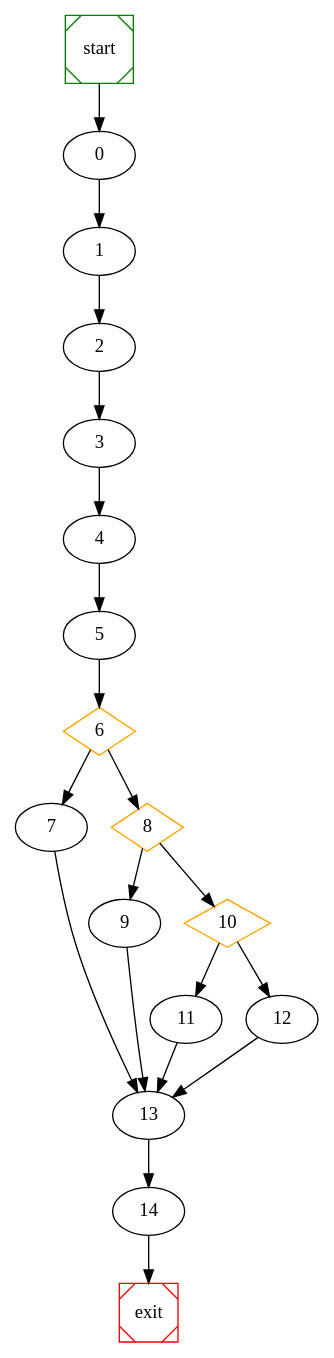
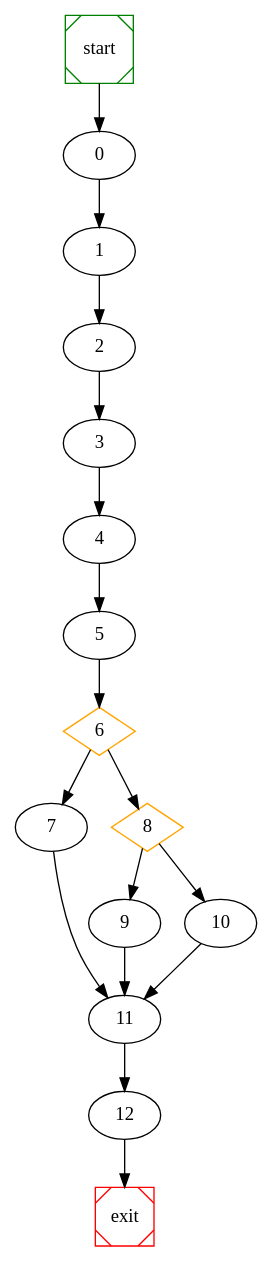
The diagram in wpc/raw_graph.dot (NabeelQaiser/BTP_2k18-19), drawn with Graphviz before and after one commit. The commit also changed 45 other files, not shown here.

```diff
--- a/wpc/raw_graph.dot
+++ b/wpc/raw_graph.dot
@@ -1,29 +1,25 @@
 # dot file created at runtime
 
 digraph G {
 	start -> 0;
 	0 -> 1 ;
 	1 -> 2 ;
 	2 -> 3 ;
 	3 -> 4 ;
 	4 -> 5 ;
 	6 [shape=diamond, color=orange] ;
 	6 -> 7 ;
 	8 [shape=diamond, color=orange] ;
 	6 -> 8 ;
 	8 -> 9 ;
-	10 [shape=diamond, color=orange] ;
 	8 -> 10 ;
+	5 -> 6 ;
+	7 -> 11 ;
+	9 -> 11 ;
 	10 -> 11 ;
-	10 -> 12 ;
-	5 -> 6 ;
-	12 -> 13 ;
-	9 -> 13 ;
-	11 -> 13 ;
-	7 -> 13 ;
-	13 -> 14 ;
-	14 -> exit;
+	11 -> 12 ;
+	12 -> exit;
 
 	start [shape=Msquare, color=green];
 	exit [shape=Msquare, color=red];
 }
```
